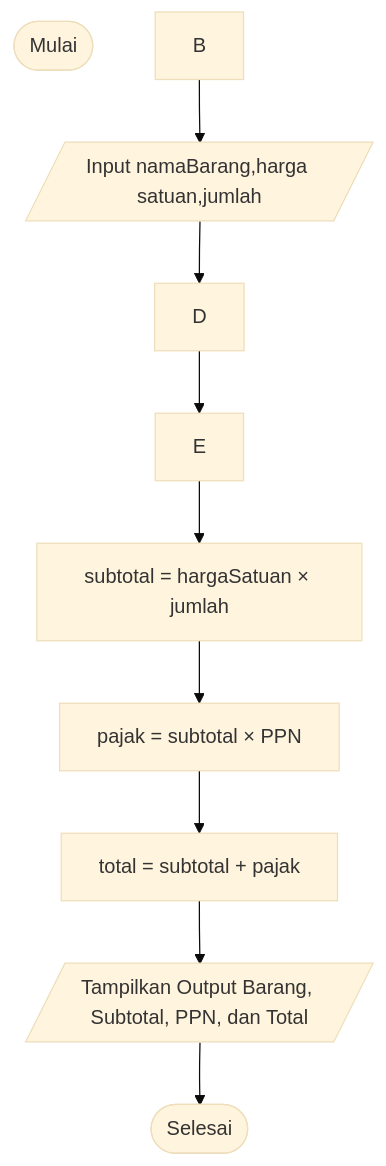
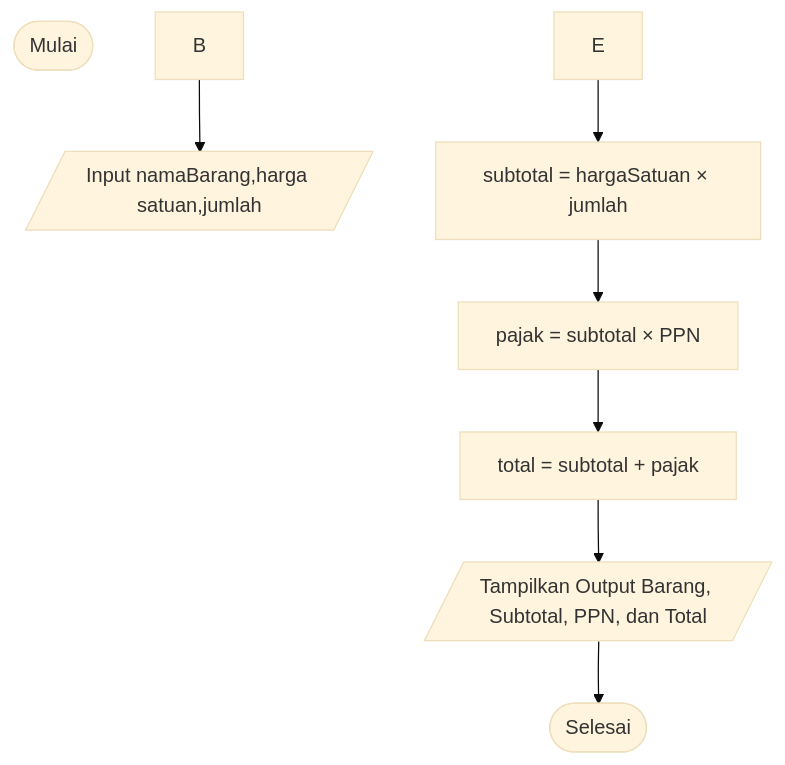
One commit to Itongaban/PRAKTIKUM-5 changed the diagram in Flowchart.md. Above: the diagram before and after it, drawn with Mermaid (base theme).

````diff
--- a/Flowchart.md
+++ b/Flowchart.md
@@ -3,12 +3,10 @@
 ```mermaid
 flowchart TD
     A([Mulai]) 
     B --> C[/Input namaBarang,harga satuan,jumlah/]
-    C --> D
-    D --> E
     E --> F[ subtotal = hargaSatuan × jumlah]
     F --> G[ pajak = subtotal × PPN]
     G --> H[ total = subtotal + pajak]
     H --> I[/Tampilkan Output Barang, Subtotal, PPN, dan Total/]
     I --> J([Selesai])
 ```
````
